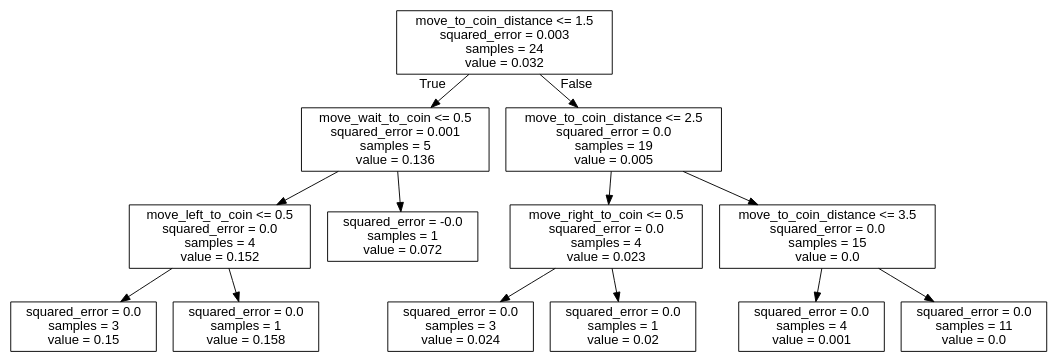
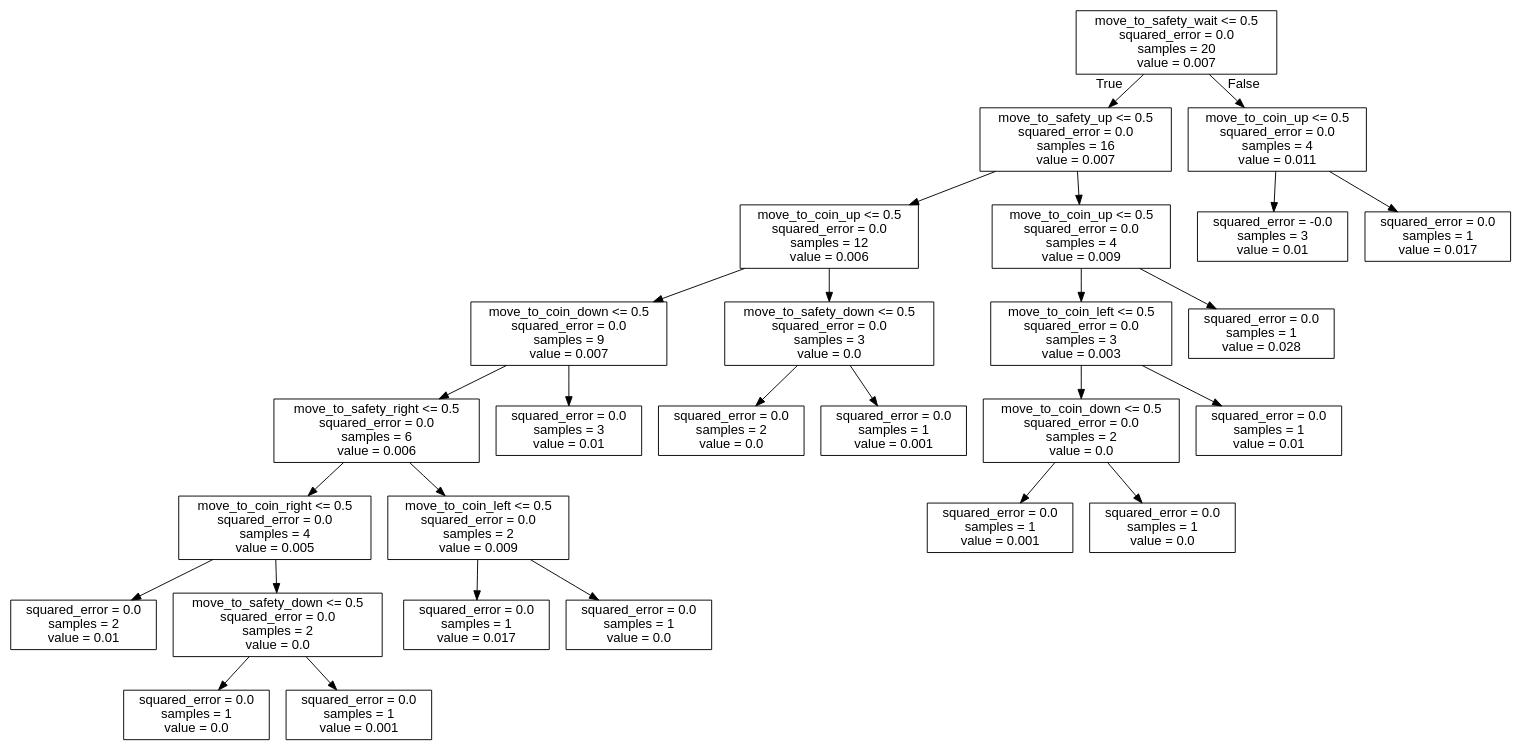
One commit to J-Gann/FML changed the diagram in bomberman_rl/agent_code/my_agent/trees/WAIT.dot. Above: the diagram before and after it, drawn with Graphviz. The commit also changed 9 other files, not shown here.

```diff
--- a/bomberman_rl/agent_code/my_agent/trees/WAIT.dot
+++ b/bomberman_rl/agent_code/my_agent/trees/WAIT.dot
@@ -1,29 +1,57 @@
 digraph Tree {
 node [shape=box, fontname="helvetica"] ;
 edge [fontname="helvetica"] ;
-0 [label="move_to_coin_distance <= 1.5\nsquared_error = 0.003\nsamples = 24\nvalue = 0.032"] ;
-1 [label="move_wait_to_coin <= 0.5\nsquared_error = 0.001\nsamples = 5\nvalue = 0.136"] ;
+0 [label="move_to_safety_wait <= 0.5\nsquared_error = 0.0\nsamples = 20\nvalue = 0.007"] ;
+1 [label="move_to_safety_up <= 0.5\nsquared_error = 0.0\nsamples = 16\nvalue = 0.007"] ;
 0 -> 1 [labeldistance=2.5, labelangle=45, headlabel="True"] ;
-2 [label="move_left_to_coin <= 0.5\nsquared_error = 0.0\nsamples = 4\nvalue = 0.152"] ;
+2 [label="move_to_coin_up <= 0.5\nsquared_error = 0.0\nsamples = 12\nvalue = 0.006"] ;
 1 -> 2 ;
-3 [label="squared_error = 0.0\nsamples = 3\nvalue = 0.15"] ;
+3 [label="move_to_coin_down <= 0.5\nsquared_error = 0.0\nsamples = 9\nvalue = 0.007"] ;
 2 -> 3 ;
-4 [label="squared_error = 0.0\nsamples = 1\nvalue = 0.158"] ;
-2 -> 4 ;
-5 [label="squared_error = -0.0\nsamples = 1\nvalue = 0.072"] ;
-1 -> 5 ;
-6 [label="move_to_coin_distance <= 2.5\nsquared_error = 0.0\nsamples = 19\nvalue = 0.005"] ;
-0 -> 6 [labeldistance=2.5, labelangle=-45, headlabel="False"] ;
-7 [label="move_right_to_coin <= 0.5\nsquared_error = 0.0\nsamples = 4\nvalue = 0.023"] ;
-6 -> 7 ;
-8 [label="squared_error = 0.0\nsamples = 3\nvalue = 0.024"] ;
+4 [label="move_to_safety_right <= 0.5\nsquared_error = 0.0\nsamples = 6\nvalue = 0.006"] ;
+3 -> 4 ;
+5 [label="move_to_coin_right <= 0.5\nsquared_error = 0.0\nsamples = 4\nvalue = 0.005"] ;
+4 -> 5 ;
+6 [label="squared_error = 0.0\nsamples = 2\nvalue = 0.01"] ;
+5 -> 6 ;
+7 [label="move_to_safety_down <= 0.5\nsquared_error = 0.0\nsamples = 2\nvalue = 0.0"] ;
+5 -> 7 ;
+8 [label="squared_error = 0.0\nsamples = 1\nvalue = 0.0"] ;
 7 -> 8 ;
-9 [label="squared_error = 0.0\nsamples = 1\nvalue = 0.02"] ;
+9 [label="squared_error = 0.0\nsamples = 1\nvalue = 0.001"] ;
 7 -> 9 ;
-10 [label="move_to_coin_distance <= 3.5\nsquared_error = 0.0\nsamples = 15\nvalue = 0.0"] ;
-6 -> 10 ;
-11 [label="squared_error = 0.0\nsamples = 4\nvalue = 0.001"] ;
+10 [label="move_to_coin_left <= 0.5\nsquared_error = 0.0\nsamples = 2\nvalue = 0.009"] ;
+4 -> 10 ;
+11 [label="squared_error = 0.0\nsamples = 1\nvalue = 0.017"] ;
 10 -> 11 ;
-12 [label="squared_error = 0.0\nsamples = 11\nvalue = 0.0"] ;
+12 [label="squared_error = 0.0\nsamples = 1\nvalue = 0.0"] ;
 10 -> 12 ;
+13 [label="squared_error = 0.0\nsamples = 3\nvalue = 0.01"] ;
+3 -> 13 ;
+14 [label="move_to_safety_down <= 0.5\nsquared_error = 0.0\nsamples = 3\nvalue = 0.0"] ;
+2 -> 14 ;
+15 [label="squared_error = 0.0\nsamples = 2\nvalue = 0.0"] ;
+14 -> 15 ;
+16 [label="squared_error = 0.0\nsamples = 1\nvalue = 0.001"] ;
+14 -> 16 ;
+17 [label="move_to_coin_up <= 0.5\nsquared_error = 0.0\nsamples = 4\nvalue = 0.009"] ;
+1 -> 17 ;
+18 [label="move_to_coin_left <= 0.5\nsquared_error = 0.0\nsamples = 3\nvalue = 0.003"] ;
+17 -> 18 ;
+19 [label="move_to_coin_down <= 0.5\nsquared_error = 0.0\nsamples = 2\nvalue = 0.0"] ;
+18 -> 19 ;
+20 [label="squared_error = 0.0\nsamples = 1\nvalue = 0.001"] ;
+19 -> 20 ;
+21 [label="squared_error = 0.0\nsamples = 1\nvalue = 0.0"] ;
+19 -> 21 ;
+22 [label="squared_error = 0.0\nsamples = 1\nvalue = 0.01"] ;
+18 -> 22 ;
+23 [label="squared_error = 0.0\nsamples = 1\nvalue = 0.028"] ;
+17 -> 23 ;
+24 [label="move_to_coin_up <= 0.5\nsquared_error = 0.0\nsamples = 4\nvalue = 0.011"] ;
+0 -> 24 [labeldistance=2.5, labelangle=-45, headlabel="False"] ;
+25 [label="squared_error = -0.0\nsamples = 3\nvalue = 0.01"] ;
+24 -> 25 ;
+26 [label="squared_error = 0.0\nsamples = 1\nvalue = 0.017"] ;
+24 -> 26 ;
 }
```
